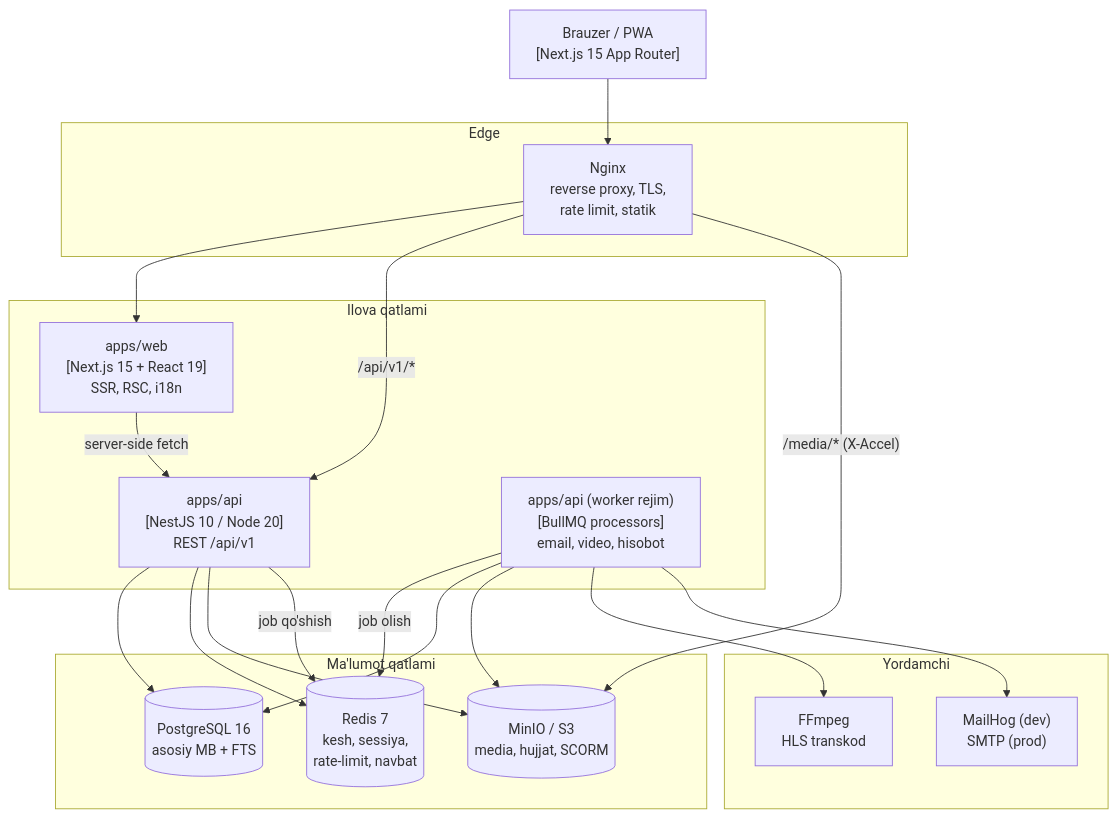
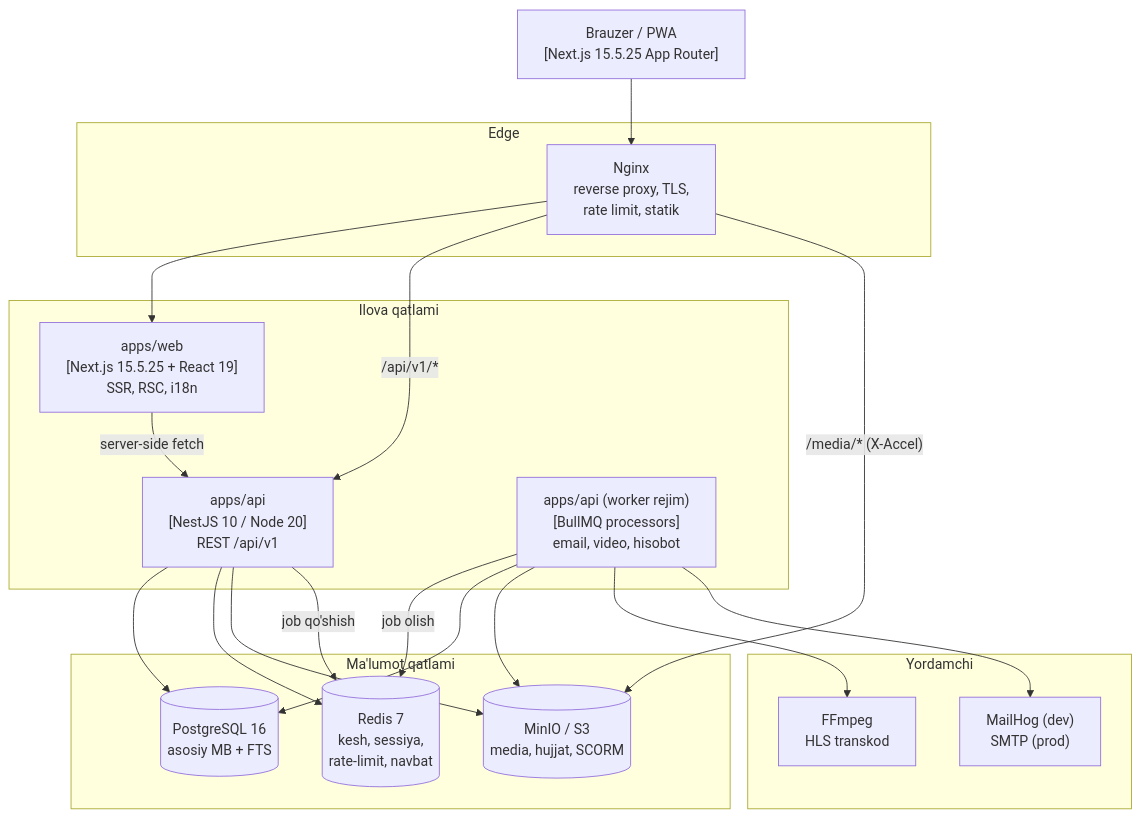
One commit to Shaxobidin/lms changed the second of 11 diagrams in docs/01-architecture.md. Above: the diagram before and after it, drawn with Mermaid. The commit also changed 4 other files, not shown here.

````diff
--- a/docs/01-architecture.md
+++ b/docs/01-architecture.md
@@ -69,40 +69,40 @@
 ```mermaid
 graph TB
-    Browser["Brauzer / PWA<br/>[Next.js 15 App Router]"]
+    Browser["Brauzer / PWA<br/>[Next.js 15.5.25 App Router]"]
 
     subgraph Edge
         NGINX["Nginx<br/>reverse proxy, TLS,<br/>rate limit, statik"]
     end
 
     subgraph Ilova qatlami
-        WEB["apps/web<br/>[Next.js 15 + React 19]<br/>SSR, RSC, i18n"]
+        WEB["apps/web<br/>[Next.js 15.5.25 + React 19]<br/>SSR, RSC, i18n"]
         API["apps/api<br/>[NestJS 10 / Node 20]<br/>REST /api/v1"]
         WORKER["apps/api (worker rejim)<br/>[BullMQ processors]<br/>email, video, hisobot"]
     end
 
     subgraph Ma'lumot qatlami
         PG[("PostgreSQL 16<br/>asosiy MB + FTS")]
         REDIS[("Redis 7<br/>kesh, sessiya,<br/>rate-limit, navbat")]
         S3[("MinIO / S3<br/>media, hujjat, SCORM")]
     end
 
     subgraph Yordamchi
         FFMPEG["FFmpeg<br/>HLS transkod"]
         MAIL["MailHog (dev)<br/>SMTP (prod)"]
     end
 
     Browser --> NGINX
     NGINX --> WEB
     NGINX -->|"/api/v1/*"| API
     NGINX -->|"/media/* (X-Accel)"| S3
     WEB -->|"server-side fetch"| API
     API --> PG
     API --> REDIS
     API --> S3
     API -->|"job qo'shish"| REDIS
     WORKER -->|"job olish"| REDIS
     WORKER --> PG
     WORKER --> S3
     WORKER --> FFMPEG
     WORKER --> MAIL
 ```
````
